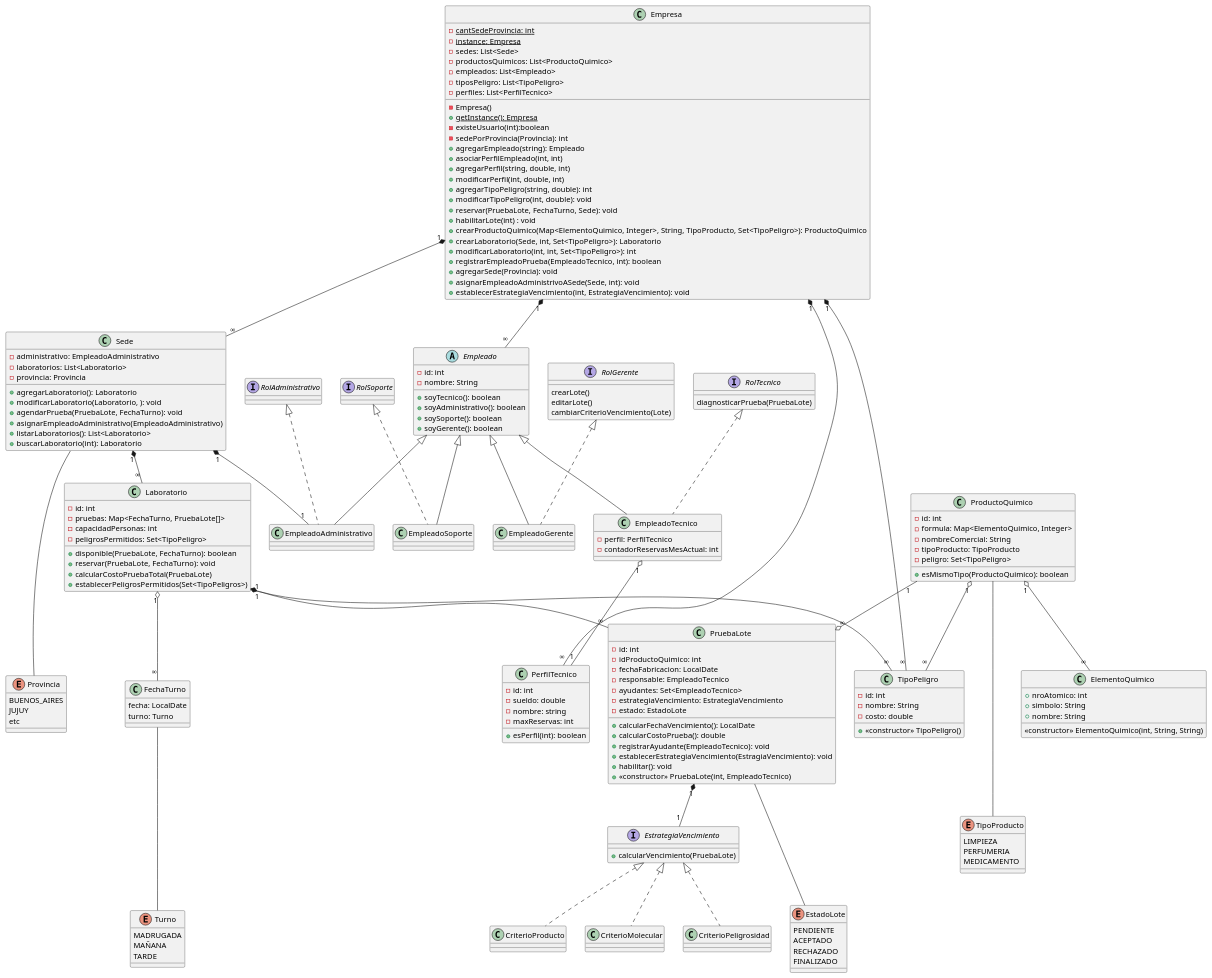
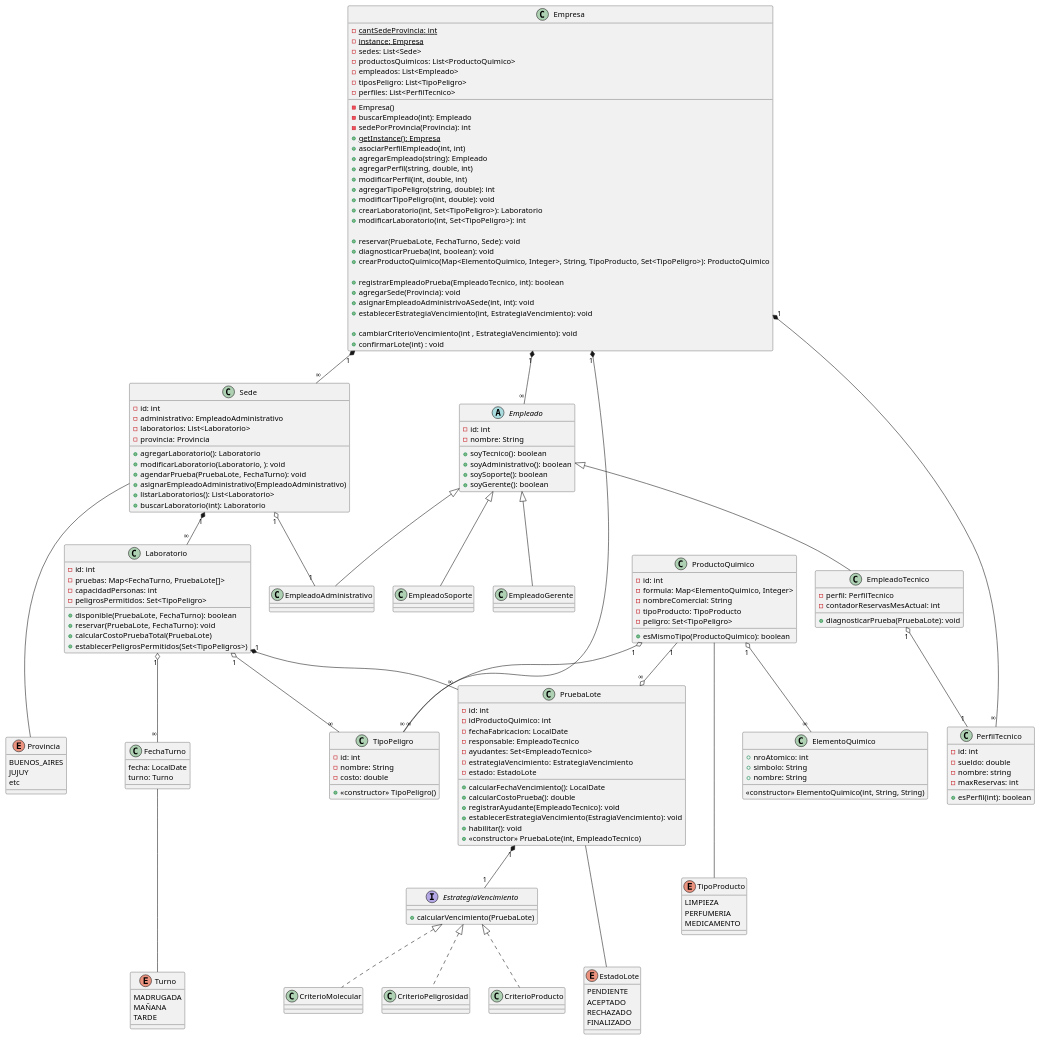
Before and after one commit to SrBigotones/UADE_TPO_OOP: the diagram in diagramas/clases.plantuml, drawn with PlantUML.

```diff
--- a/diagramas/clases.plantuml
+++ b/diagramas/clases.plantuml
@@ -9,27 +9,36 @@
   - empleados: List<Empleado>
   - tiposPeligro: List<TipoPeligro>
   - perfiles: List<PerfilTecnico>
+  - buscarEmpleado(int): Empleado
+  - sedePorProvincia(Provincia): int
   {static} + getInstance(): Empresa
-  - existeUsuario(int):boolean
-  - sedePorProvincia(Provincia): int
+  /' Empleado administrativo '/
+  + asociarPerfilEmpleado(int, int) /'id de perfil, id de empleado'/
   + agregarEmpleado(string): Empleado
-  + asociarPerfilEmpleado(int, int) /'id de perfil, id de empleado'/
   + agregarPerfil(string, double, int) /'nombrePuesto, sueldo, maxReservas'/
   + modificarPerfil(int, double, int) /'idPuesto, sueldo, maxReservas'/
   + agregarTipoPeligro(string, double): int
   + modificarTipoPeligro(int, double): void
+  + crearLaboratorio(int, Set<TipoPeligro>): Laboratorio /'capacidadPersonas'/
+  + modificarLaboratorio(int, Set<TipoPeligro>): int /'capacidadPersonas'/
+
+  /' Empleado tecnico '/
   + reservar(PruebaLote, FechaTurno, Sede): void
-  + habilitarLote(int) : void
+  + diagnosticarPrueba(int, boolean): void /'idLote, aprobacion'/
   + crearProductoQuimico(Map<ElementoQuimico, Integer>, String, TipoProducto, Set<TipoPeligro>): ProductoQuimico
-  + crearLaboratorio(Sede, int, Set<TipoPeligro>): Laboratorio
-  + modificarLaboratorio(int, int, Set<TipoPeligro>): int /'id, capacidad'/
+  
   + registrarEmpleadoPrueba(EmpleadoTecnico, int): boolean /'id de prueba'/
   + agregarSede(Provincia): void
-  + asignarEmpleadoAdministrivoASede(Sede, int): void
+  + asignarEmpleadoAdministrivoASede(int, int): void /'idSede, idEmpleado'/
   + establecerEstrategiaVencimiento(int, EstrategiaVencimiento): void /'id de prueba'/
+  
+  /' Gerente '/
+  + cambiarCriterioVencimiento(int , EstrategiaVencimiento): void /'idLote'/
+  + confirmarLote(int) : void /'idLote'/
 }
 
 class Sede {
+  - id: int
   - administrativo: EmpleadoAdministrativo
   - laboratorios: List<Laboratorio>
   - provincia: Provincia
@@ -123,29 +132,20 @@
 }
 
 'Edita todo lo relacionado con los puestos y gesetion del sistema (SysAdmin)
-interface RolSoporte {}
+class EmpleadoSoporte extends Empleado {}
 
 'Encargado de habilitar los empleados y laboratorios para las sedes
-interface RolAdministrativo {}
+class EmpleadoAdministrativo extends Empleado {}
 
 'Encargado de habilitar lotes y cambiar criterios de vencimiento
-interface RolGerente {
-  crearLote()
-  editarLote()
-  cambiarCriterioVencimiento(Lote)
-}
+class EmpleadoGerente extends Empleado {}
 
 'Encargado de realizar pruebas/reservas
-interface RolTecnico {
-  diagnosticarPrueba(PruebaLote)
-}
-
-class EmpleadoSoporte extends Empleado implements RolSoporte {}
-class EmpleadoAdministrativo extends Empleado implements RolAdministrativo {}
-class EmpleadoGerente extends Empleado implements RolGerente {}
-class EmpleadoTecnico extends Empleado implements RolTecnico {
+class EmpleadoTecnico extends Empleado {
   - perfil: PerfilTecnico
   - contadorReservasMesActual: int
+  + diagnosticarPrueba(PruebaLote): void
+  
 }
 
 class PerfilTecnico {
@@ -203,6 +203,6 @@
 PruebaLote "1" *-- "1" EstrategiaVencimiento
 EmpleadoTecnico "1" o-- "1" PerfilTecnico
 Empresa "1" *-- "∞" PerfilTecnico
-Sede "1" *-- "1" EmpleadoAdministrativo
+Sede "1" o-- "1" EmpleadoAdministrativo
 
 @enduml
```
